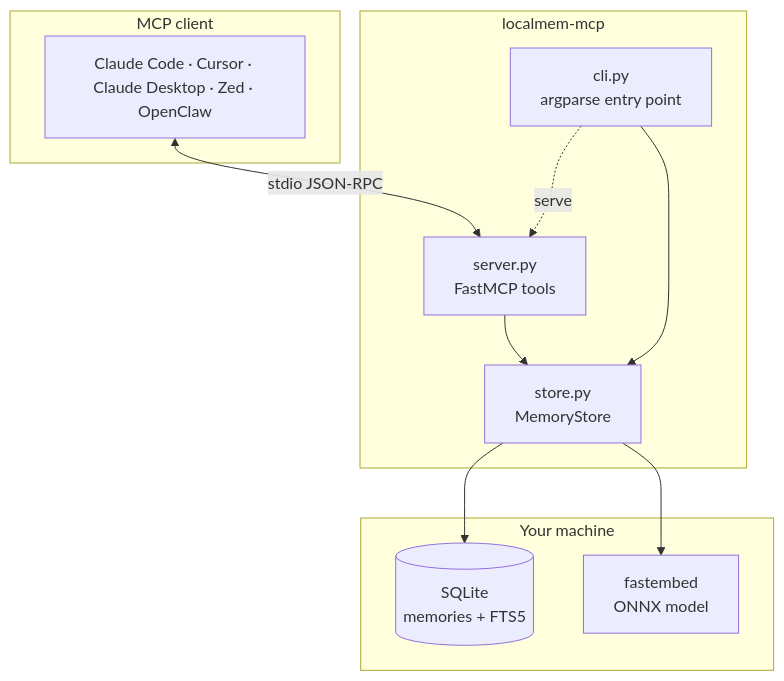
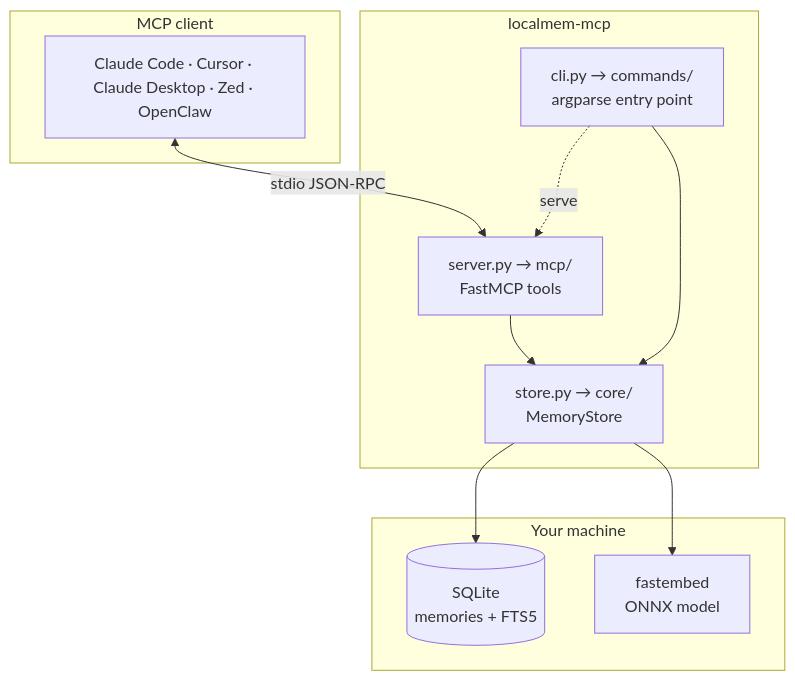
The diagram in docs/reference/architecture.md (OpenAgentHQ/localmem-mcp), drawn with Mermaid before and after one commit. The commit also changed other lines of this file and 19 other files, not shown here.

Commit message:
Split store, server, and cli into layered packages

````diff
--- a/docs/reference/architecture.md
+++ b/docs/reference/architecture.md
@@ -7,24 +7,24 @@
 ```mermaid
 flowchart TD
     subgraph Client["MCP client"]
         A[Claude Code · Cursor · Claude Desktop · Zed · OpenClaw]
     end
 
     subgraph Package["localmem-mcp"]
-        B["server.py<br/>FastMCP tools"]
-        C["cli.py<br/>argparse entry point"]
-        D["store.py<br/>MemoryStore"]
+        B["server.py → mcp/<br/>FastMCP tools"]
+        C["cli.py → commands/<br/>argparse entry point"]
+        D["store.py → core/<br/>MemoryStore"]
     end
 
     subgraph Local["Your machine"]
         E[("SQLite<br/>memories + FTS5")]
         F["fastembed<br/>ONNX model"]
     end
 
     A <-->|stdio JSON-RPC| B
     B --> D
     C --> D
     C -.->|serve| B
     D --> E
     D --> F
 ```
````
